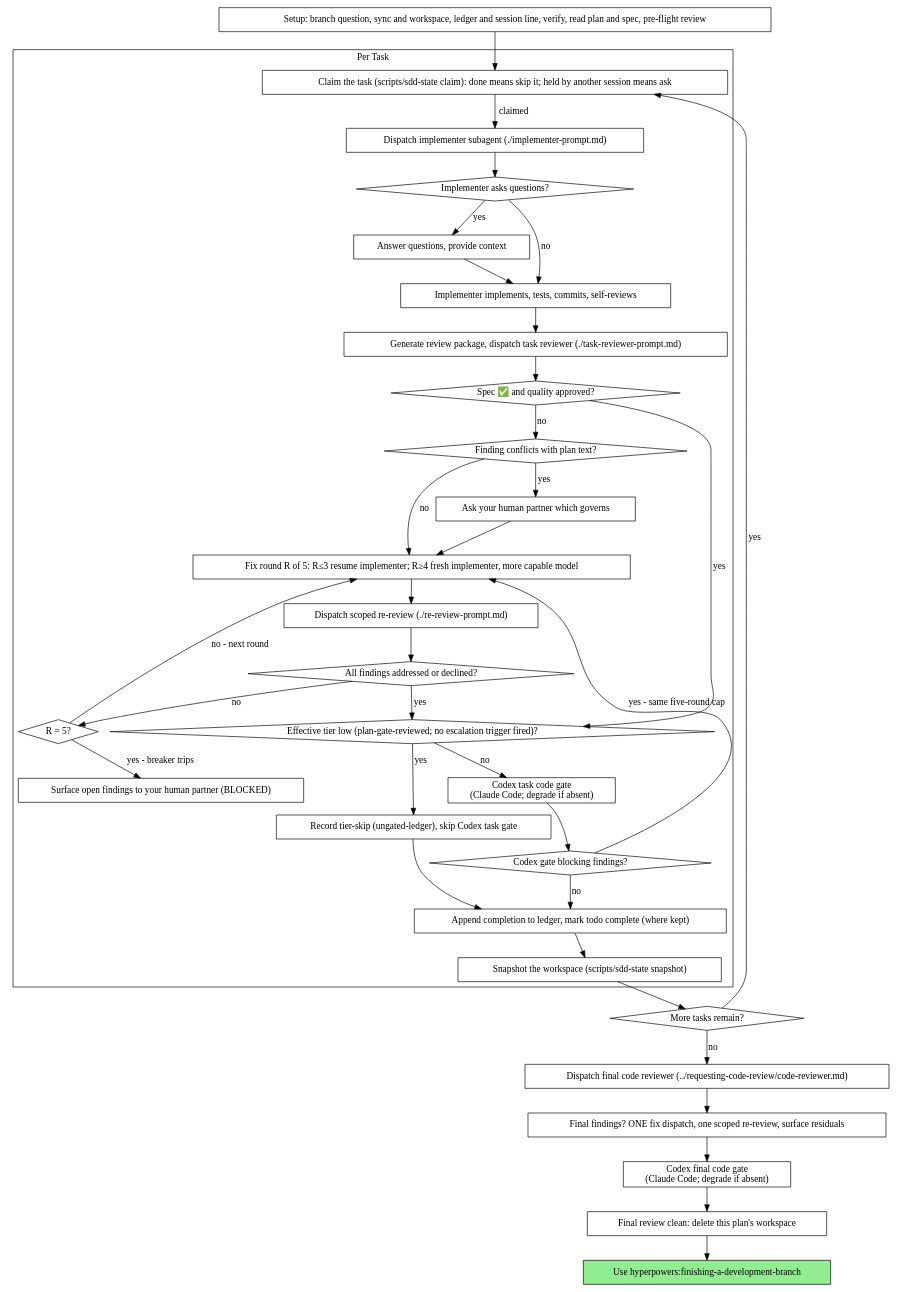
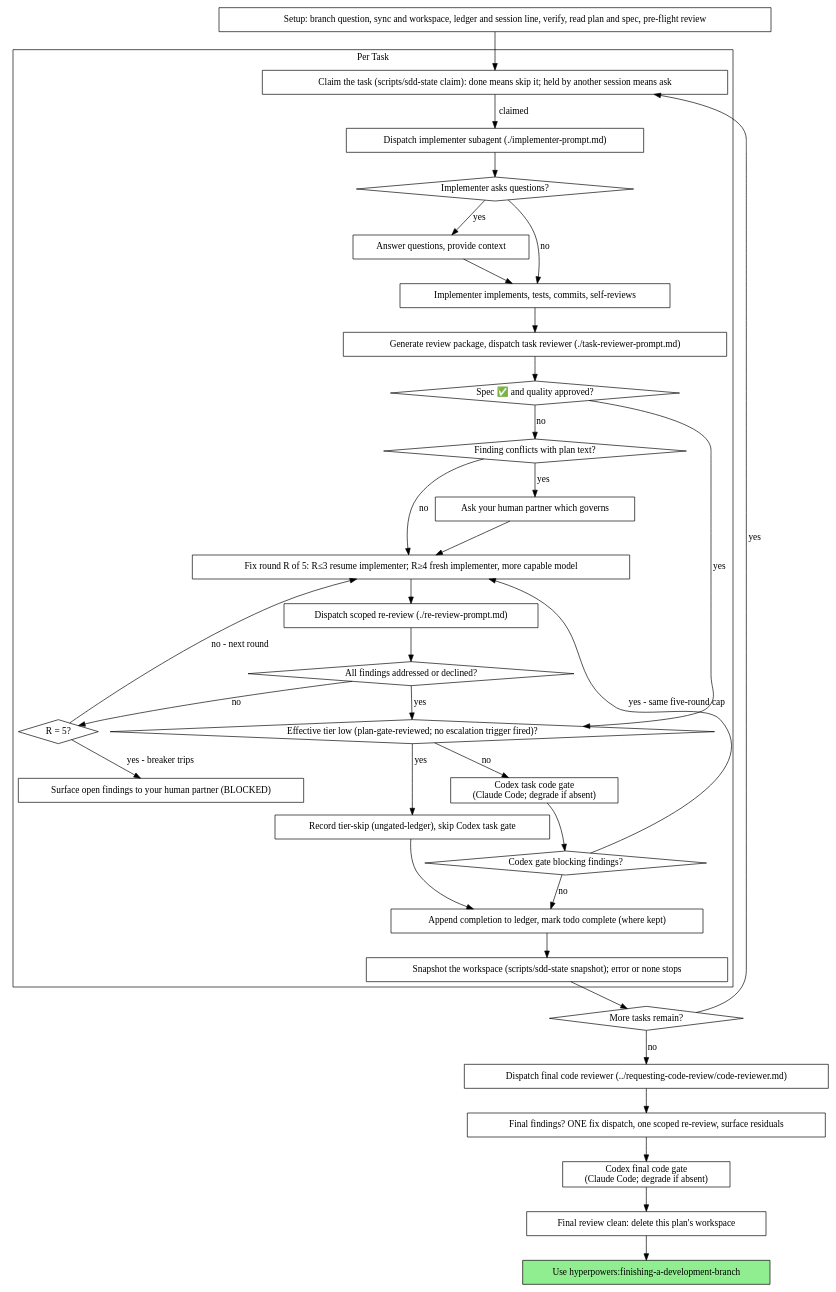
The second of 2 diagrams in skills/subagent-driven-development/SKILL.md (scott-arne/hyperpowers), drawn with Graphviz before and after one commit. The commit also changed other lines of this file and 1 other file, not shown here.

Commit message:
fix(sdd): the ledger is created without clobbering, and a failed snapshot stops the loop

````diff
--- a/skills/subagent-driven-development/SKILL.md
+++ b/skills/subagent-driven-development/SKILL.md
@@ -49,71 +49,71 @@
 ```dot
 digraph process {
     rankdir=TB;
 
     subgraph cluster_per_task {
         label="Per Task";
         "Claim the task (scripts/sdd-state claim): done means skip it; held by another session means ask" [shape=box];
         "Dispatch implementer subagent (./implementer-prompt.md)" [shape=box];
         "Implementer asks questions?" [shape=diamond];
         "Answer questions, provide context" [shape=box];
         "Implementer implements, tests, commits, self-reviews" [shape=box];
         "Generate review package, dispatch task reviewer (./task-reviewer-prompt.md)" [shape=box];
         "Spec ✅ and quality approved?" [shape=diamond];
         "Finding conflicts with plan text?" [shape=diamond];
         "Ask your human partner which governs" [shape=box];
         "Fix round R of 5: R≤3 resume implementer; R≥4 fresh implementer, more capable model" [shape=box];
         "Dispatch scoped re-review (./re-review-prompt.md)" [shape=box];
         "All findings addressed or declined?" [shape=diamond];
         "R = 5?" [shape=diamond];
         "Surface open findings to your human partner (BLOCKED)" [shape=box];
         "Effective tier low (plan-gate-reviewed; no escalation trigger fired)?" [shape=diamond];
         "Record tier-skip (ungated-ledger), skip Codex task gate" [shape=box];
         "Codex task code gate\n(Claude Code; degrade if absent)" [shape=box];
         "Codex gate blocking findings?" [shape=diamond];
         "Append completion to ledger, mark todo complete (where kept)" [shape=box];
-        "Snapshot the workspace (scripts/sdd-state snapshot)" [shape=box];
+        "Snapshot the workspace (scripts/sdd-state snapshot); error or none stops" [shape=box];
     }
 
     "Setup: branch question, sync and workspace, ledger and session line, verify, read plan and spec, pre-flight review" [shape=box];
     "More tasks remain?" [shape=diamond];
     "Dispatch final code reviewer (../requesting-code-review/code-reviewer.md)" [shape=box];
     "Final findings? ONE fix dispatch, one scoped re-review, surface residuals" [shape=box];
     "Codex final code gate\n(Claude Code; degrade if absent)" [shape=box];
     "Final review clean: delete this plan's workspace" [shape=box];
     "Use hyperpowers:finishing-a-development-branch" [shape=box style=filled fillcolor=lightgreen];
 
     "Setup: branch question, sync and workspace, ledger and session line, verify, read plan and spec, pre-flight review" -> "Claim the task (scripts/sdd-state claim): done means skip it; held by another session means ask";
     "Claim the task (scripts/sdd-state claim): done means skip it; held by another session means ask" -> "Dispatch implementer subagent (./implementer-prompt.md)" [label="claimed"];
     "Dispatch implementer subagent (./implementer-prompt.md)" -> "Implementer asks questions?";
     "Implementer asks questions?" -> "Answer questions, provide context" [label="yes"];
     "Answer questions, provide context" -> "Implementer implements, tests, commits, self-reviews";
     "Implementer asks questions?" -> "Implementer implements, tests, commits, self-reviews" [label="no"];
     "Implementer implements, tests, commits, self-reviews" -> "Generate review package, dispatch task reviewer (./task-reviewer-prompt.md)";
     "Generate review package, dispatch task reviewer (./task-reviewer-prompt.md)" -> "Spec ✅ and quality approved?";
     "Spec ✅ and quality approved?" -> "Effective tier low (plan-gate-reviewed; no escalation trigger fired)?" [label="yes"];
     "Spec ✅ and quality approved?" -> "Finding conflicts with plan text?" [label="no"];
     "Finding conflicts with plan text?" -> "Ask your human partner which governs" [label="yes"];
     "Ask your human partner which governs" -> "Fix round R of 5: R≤3 resume implementer; R≥4 fresh implementer, more capable model";
     "Finding conflicts with plan text?" -> "Fix round R of 5: R≤3 resume implementer; R≥4 fresh implementer, more capable model" [label="no"];
     "Fix round R of 5: R≤3 resume implementer; R≥4 fresh implementer, more capable model" -> "Dispatch scoped re-review (./re-review-prompt.md)";
     "Dispatch scoped re-review (./re-review-prompt.md)" -> "All findings addressed or declined?";
     "All findings addressed or declined?" -> "Effective tier low (plan-gate-reviewed; no escalation trigger fired)?" [label="yes"];
     "All findings addressed or declined?" -> "R = 5?" [label="no"];
     "R = 5?" -> "Fix round R of 5: R≤3 resume implementer; R≥4 fresh implementer, more capable model" [label="no - next round"];
     "R = 5?" -> "Surface open findings to your human partner (BLOCKED)" [label="yes - breaker trips"];
     "Effective tier low (plan-gate-reviewed; no escalation trigger fired)?" -> "Record tier-skip (ungated-ledger), skip Codex task gate" [label="yes"];
     "Record tier-skip (ungated-ledger), skip Codex task gate" -> "Append completion to ledger, mark todo complete (where kept)";
     "Effective tier low (plan-gate-reviewed; no escalation trigger fired)?" -> "Codex task code gate\n(Claude Code; degrade if absent)" [label="no"];
     "Codex task code gate\n(Claude Code; degrade if absent)" -> "Codex gate blocking findings?";
     "Codex gate blocking findings?" -> "Fix round R of 5: R≤3 resume implementer; R≥4 fresh implementer, more capable model" [label="yes - same five-round cap"];
     "Codex gate blocking findings?" -> "Append completion to ledger, mark todo complete (where kept)" [label="no"];
-    "Append completion to ledger, mark todo complete (where kept)" -> "Snapshot the workspace (scripts/sdd-state snapshot)";
-    "Snapshot the workspace (scripts/sdd-state snapshot)" -> "More tasks remain?";
+    "Append completion to ledger, mark todo complete (where kept)" -> "Snapshot the workspace (scripts/sdd-state snapshot); error or none stops";
+    "Snapshot the workspace (scripts/sdd-state snapshot); error or none stops" -> "More tasks remain?";
     "More tasks remain?" -> "Claim the task (scripts/sdd-state claim): done means skip it; held by another session means ask" [label="yes"];
     "More tasks remain?" -> "Dispatch final code reviewer (../requesting-code-review/code-reviewer.md)" [label="no"];
     "Dispatch final code reviewer (../requesting-code-review/code-reviewer.md)" -> "Final findings? ONE fix dispatch, one scoped re-review, surface residuals";
     "Final findings? ONE fix dispatch, one scoped re-review, surface residuals" -> "Codex final code gate\n(Claude Code; degrade if absent)";
     "Codex final code gate\n(Claude Code; degrade if absent)" -> "Final review clean: delete this plan's workspace";
     "Final review clean: delete this plan's workspace" -> "Use hyperpowers:finishing-a-development-branch";
 }
 ```
````
